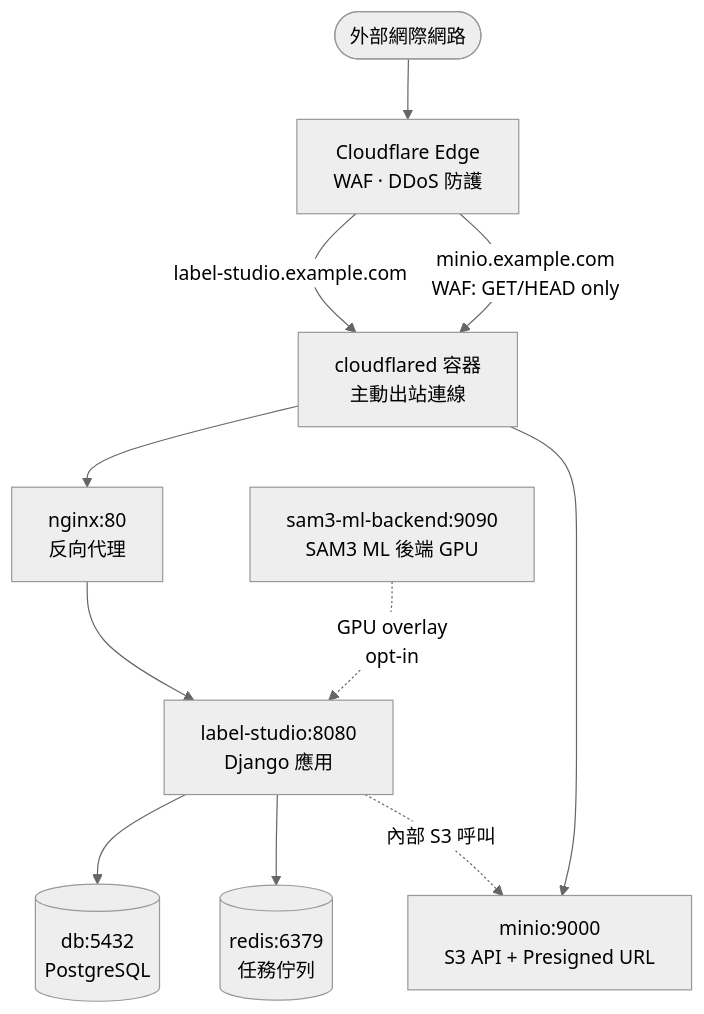
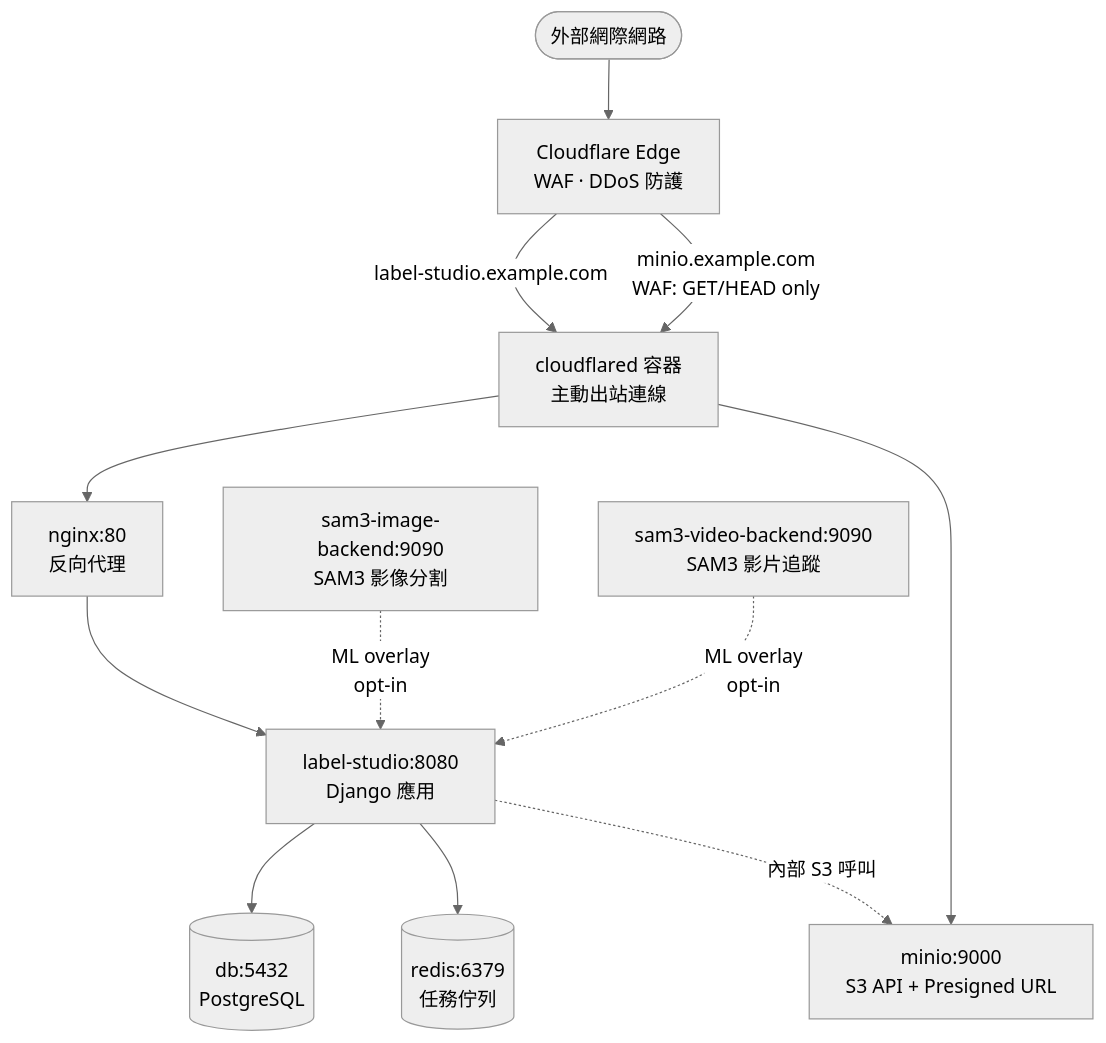
One commit to felimet/label-anything-sam changed the first of 3 diagrams in docs/architecture.md. Above: the diagram before and after it, drawn with Mermaid (neutral theme). The commit also changed other lines of this file and 35 other files, not shown here.

First line of the commit message:
refactor(sam3): split monolithic sam3-ml-backend into sam3-image + sam3-video

````diff
--- a/docs/architecture.md
+++ b/docs/architecture.md
@@ -5,23 +5,25 @@
 ```mermaid
 graph TD
     Internet([外部網際網路])
     CFEdge[Cloudflare Edge<br/>WAF · DDoS 防護]
     CF[cloudflared 容器<br/>主動出站連線]
     Nginx[nginx:80<br/>反向代理]
     MinioAPI[minio:9000<br/>S3 API + Presigned URL]
     LS[label-studio:8080<br/>Django 應用]
     DB[(db:5432<br/>PostgreSQL)]
     Redis[(redis:6379<br/>任務佇列)]
-    SAM3[sam3-ml-backend:9090<br/>SAM3 ML 後端 GPU]
+    SAM3I[sam3-image-backend:9090<br/>SAM3 影像分割]
+    SAM3V[sam3-video-backend:9090<br/>SAM3 影片追蹤]
 
     Internet --> CFEdge
     CFEdge -- "label-studio.example.com" --> CF
     CFEdge -- "minio.example.com<br/>WAF: GET/HEAD only" --> CF
     CF --> Nginx
     CF --> MinioAPI
     Nginx --> LS
     LS --> DB
     LS --> Redis
     LS -. "內部 S3 呼叫" .-> MinioAPI
-    SAM3 -. "GPU overlay<br/>opt-in" .-> LS
+    SAM3I -. "ML overlay<br/>opt-in" .-> LS
+    SAM3V -. "ML overlay<br/>opt-in" .-> LS
 ```
````
